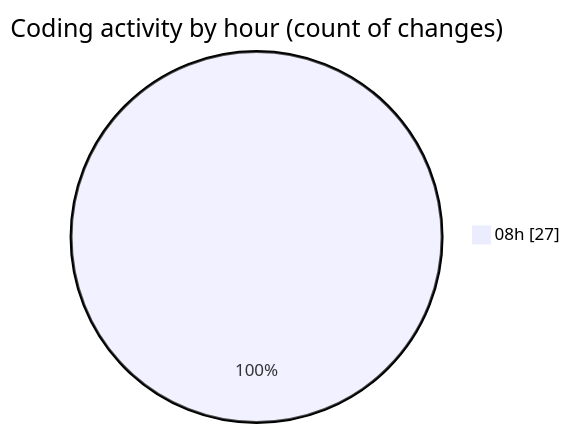
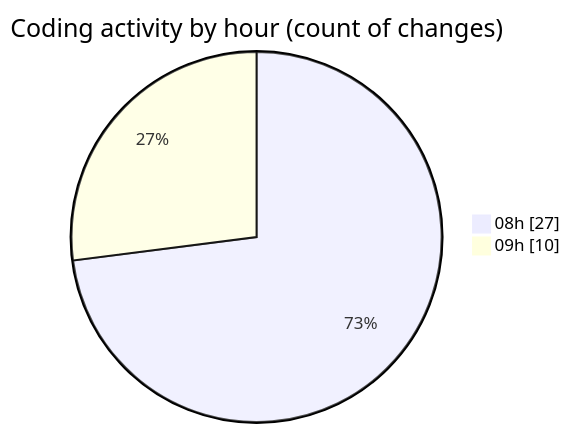
The second of 2 diagrams in 2025-01-03/nextjs-webllm/README.md (ernivani/code-tracking), drawn with Mermaid before and after one commit. The commit also changed other lines of this file and 5 other files, not shown here.

````diff
--- a/2025-01-03/nextjs-webllm/README.md
+++ b/2025-01-03/nextjs-webllm/README.md
@@ -43,5 +47,6 @@
 ```mermaid
 pie showData
 title Coding activity by hour (count of changes)
 "08h" : 27
+"09h" : 10
 ```
````
